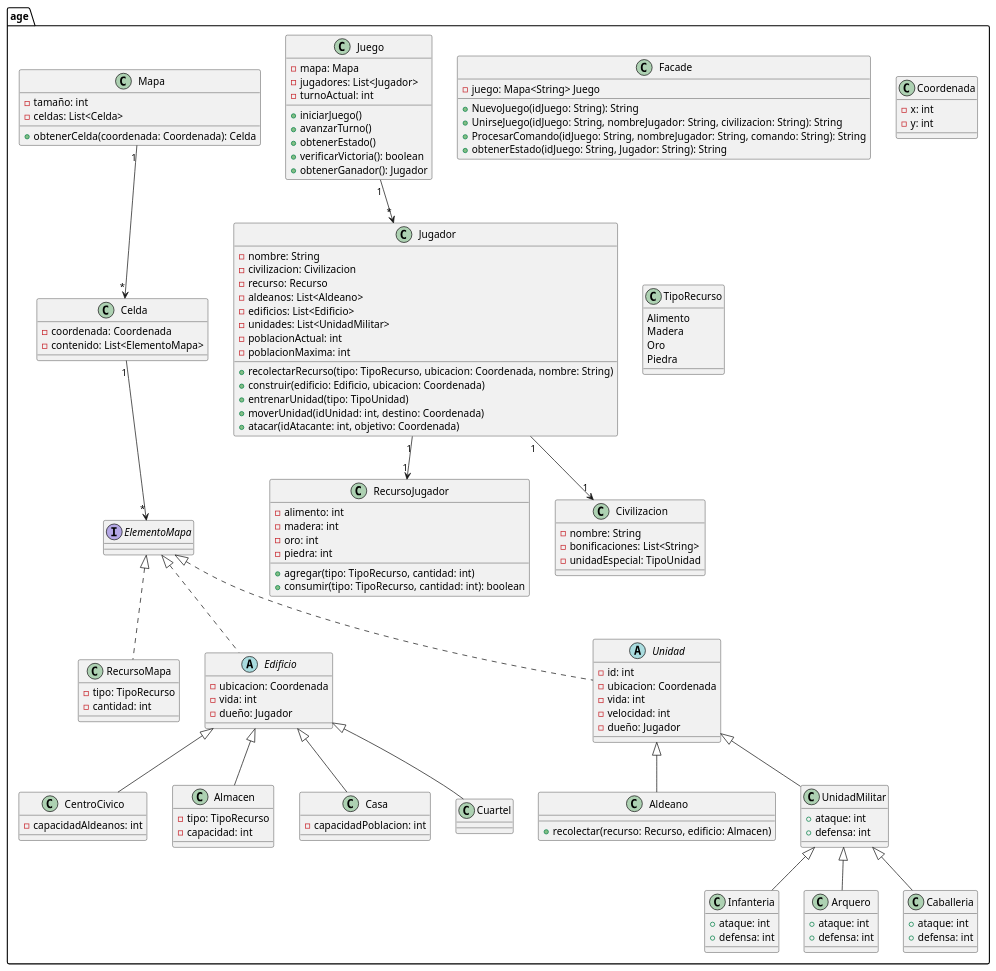
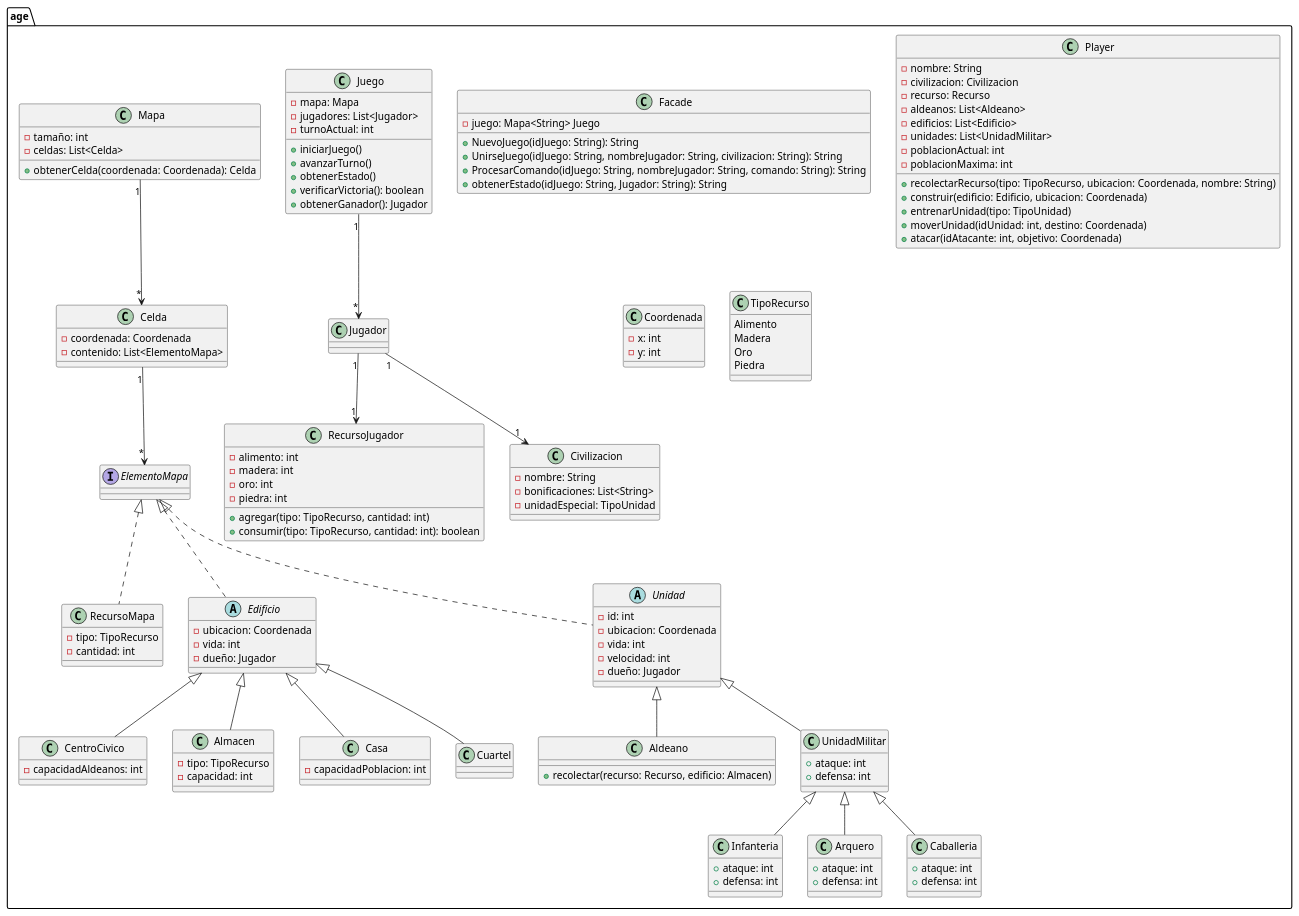
One commit to mcaetano7/proyectop22025 changed the diagram in src/scratch.puml. Above: the diagram before and after it, drawn with PlantUML. The commit also changed 2 other files, not shown here.

```diff
--- a/src/scratch.puml
+++ b/src/scratch.puml
@@ -1,150 +1,150 @@
 @startuml PIIProyecto2025
 
 
 package "age" {
 
     class Facade {
     - juego: Mapa<String> Juego
     + NuevoJuego(idJuego: String): String
     + UnirseJuego(idJuego: String, nombreJugador: String, civilizacion: String): String
     + ProcesarComando(idJuego: String, nombreJugador: String, comando: String): String
     + obtenerEstado(idJuego: String, Jugador: String): String
     }
     
     class Juego {
         - mapa: Mapa
         - jugadores: List<Jugador>
         - turnoActual: int
         + iniciarJuego()
         + avanzarTurno()
         + obtenerEstado()
         + verificarVictoria(): boolean
         + obtenerGanador(): Jugador
     }
 
-    class Jugador {
+    class Player {
         - nombre: String
         - civilizacion: Civilizacion
         - recurso: Recurso
         - aldeanos: List<Aldeano>
         - edificios: List<Edificio>
         - unidades: List<UnidadMilitar>
         - poblacionActual: int
         - poblacionMaxima: int
         + recolectarRecurso(tipo: TipoRecurso, ubicacion: Coordenada, nombre: String)
         + construir(edificio: Edificio, ubicacion: Coordenada)
         + entrenarUnidad(tipo: TipoUnidad)
         + moverUnidad(idUnidad: int, destino: Coordenada)
         + atacar(idAtacante: int, objetivo: Coordenada)
     }
 
     class Mapa {
         - tamaño: int
         - celdas: List<Celda>
         + obtenerCelda(coordenada: Coordenada): Celda
     }
 
     class Celda {
         - coordenada: Coordenada
         - contenido: List<ElementoMapa>
     }
 
     class Coordenada {
         - x: int
         - y: int
     }
 
     interface ElementoMapa {
     }
 
     class RecursoMapa implements ElementoMapa {
         - tipo: TipoRecurso
         - cantidad: int
     }
 
     class TipoRecurso {
         Alimento
         Madera
         Oro
         Piedra
     }
 
     class RecursoJugador {
         - alimento: int
         - madera: int
         - oro: int
         - piedra: int
         + agregar(tipo: TipoRecurso, cantidad: int)
         + consumir(tipo: TipoRecurso, cantidad: int): boolean
     }
 
     class Civilizacion {
         - nombre: String
         - bonificaciones: List<String>
         - unidadEspecial: TipoUnidad
     }
 
     abstract class Edificio implements ElementoMapa {
         - ubicacion: Coordenada
         - vida: int
         - dueño: Jugador
     }
 
     class CentroCivico extends Edificio {
         - capacidadAldeanos: int
     }
 
     class Almacen extends Edificio {
         - tipo: TipoRecurso
         - capacidad: int
     }
 
     class Casa extends Edificio {
         - capacidadPoblacion: int
     }
 
     class Cuartel extends Edificio {
     }
 
     abstract class Unidad implements ElementoMapa {
         - id: int
         - ubicacion: Coordenada
         - vida: int
         - velocidad: int
         - dueño: Jugador
     }
 
     class Aldeano extends Unidad {
         + recolectar(recurso: Recurso, edificio: Almacen)
     }
 
     class UnidadMilitar extends Unidad {
         + ataque: int
         + defensa: int
     }
 
     class Infanteria extends UnidadMilitar {
         + ataque: int 
         + defensa: int
     
     }
 
     class Arquero extends UnidadMilitar {
         + ataque: int 
         + defensa: int 
     }
 
     class Caballeria extends UnidadMilitar {
         + ataque: int 
         + defensa: int 
     }
     
     Juego "1" --> "*" Jugador
     Jugador "1" --> "1" Civilizacion
     Jugador "1" --> "1" RecursoJugador
     Mapa "1" --> "*" Celda
     Celda "1" --> "*" ElementoMapa
 
 }
 
 @enduml
```
